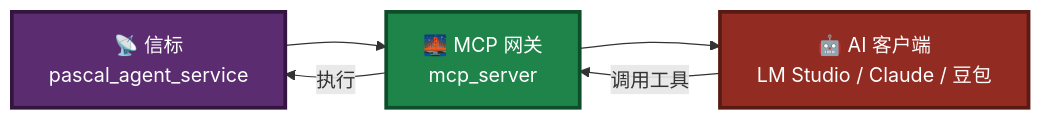
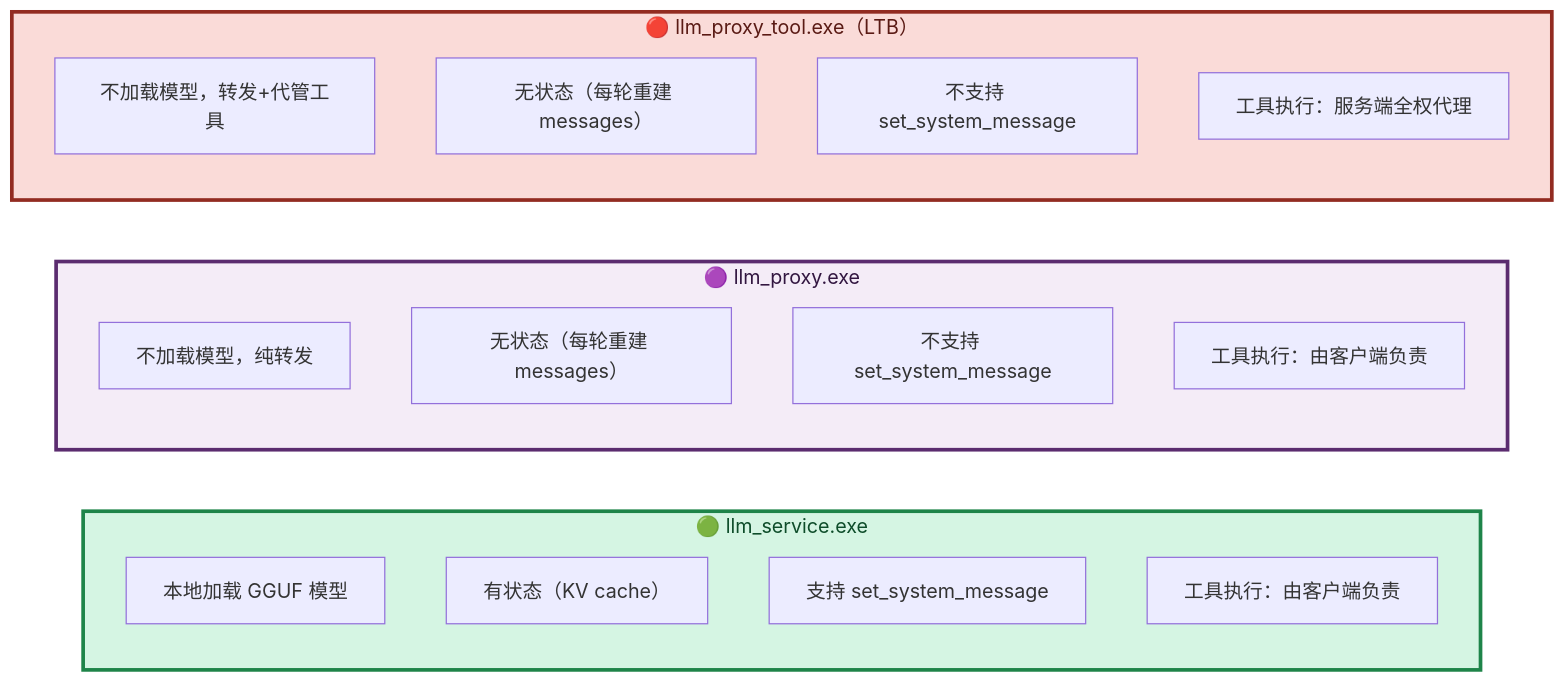
The fifth of 9 diagrams in readme.md (PassByYou888/LingoFuse-pasAgent), drawn with Mermaid before and after one commit. The commit also changed other lines of this file and 33 other files, not shown here.

````diff
--- a/readme.md
+++ b/readme.md
@@ -71,11 +159,30 @@
 ```mermaid
 flowchart LR
-    A["📡 信标<br/>pascal_agent_service"] --> B["🌉 MCP 网关<br/>mcp_server"]
-    B --> C["🤖 AI 客户端<br/>LM Studio / Claude / 豆包"]
-    C -->|调用工具| B
-    B -->|执行| A
+    subgraph S1["🟢 llm_service.exe"]
+        direction TB
+        S1a["本地加载 GGUF 模型"]
+        S1b["有状态（KV cache）"]
+        S1c["支持 set_system_message"]
+        S1d["工具执行：由客户端负责"]
+    end
 
-    style A fill:#5B2C6F,stroke:#321640,stroke-width:3px,color:#FFFFFF
-    style B fill:#1E8449,stroke:#0E4D2A,stroke-width:3px,color:#FFFFFF
-    style C fill:#922B21,stroke:#5A1A14,stroke-width:3px,color:#FFFFFF
+    subgraph S2["🟣 llm_proxy.exe"]
+        direction TB
+        S2a["不加载模型，纯转发"]
+        S2b["无状态（每轮重建 messages）"]
+        S2c["不支持 set_system_message"]
+        S2d["工具执行：由客户端负责"]
+    end
+
+    subgraph S3["🔴 llm_proxy_tool.exe（LTB）"]
+        direction TB
+        S3a["不加载模型，转发+代管工具"]
+        S3b["无状态（每轮重建 messages）"]
+        S3c["不支持 set_system_message"]
+        S3d["工具执行：服务端全权代理"]
+    end
+
+    style S1 fill:#D5F5E3,stroke:#1E8449,stroke-width:3px,color:#0E4D2A
+    style S2 fill:#F4ECF7,stroke:#5B2C6F,stroke-width:3px,color:#321640
+    style S3 fill:#FADBD8,stroke:#922B21,stroke-width:3px,color:#5A1A14
 ```
````
